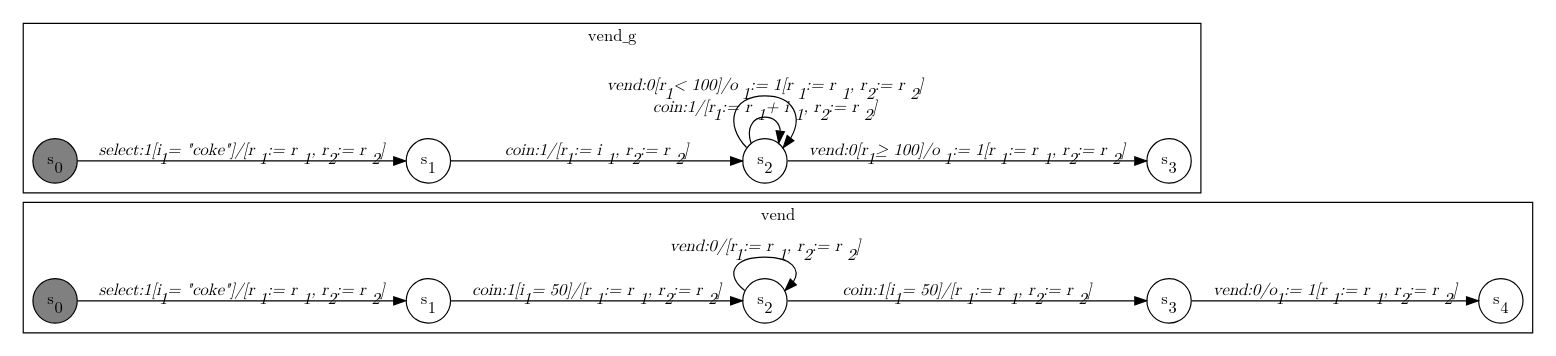
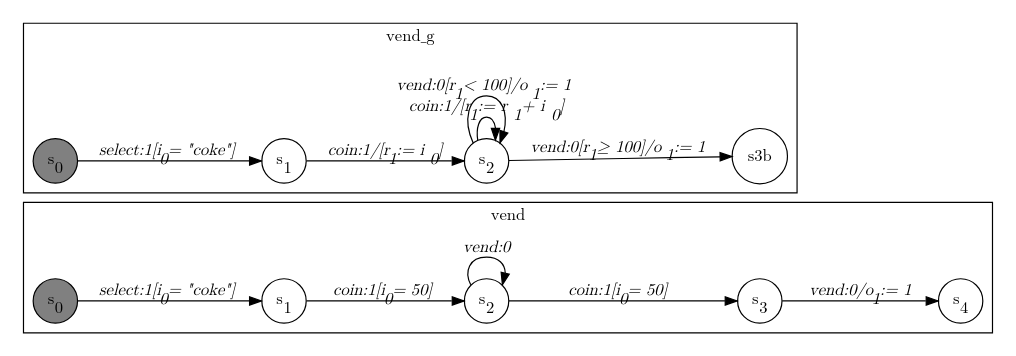
Before and after one commit to jmafoster1/efsm-sal: the diagram in dotfiles/Generalisation.dot, drawn with Graphviz. The commit also changed 37 other files, not shown here.

```diff
--- a/dotfiles/Generalisation.dot
+++ b/dotfiles/Generalisation.dot
@@ -1,36 +1,35 @@
 digraph Generalisation{
     graph [rankdir="LR", fontname="Latin Modern Math"];
     node [color="black", fillcolor="white", shape="circle", style="filled", fontname="Latin Modern Math"];
     edge [fontname="Latin Modern Math"];
 
   subgraph cluster_1 {
     label = "vend";
 
     s0a[fillcolor="gray", label=<s<sub>0</sub>>];
     s1a[label=<s<sub>1</sub>>];
     s2a[label=<s<sub>2</sub>>];
     s3a[label=<s<sub>3</sub>>];
     s4a[label=<s<sub>4</sub>>];
 
-    s0a->s1a[label=<<i>select:1&#91;i<sub>1</sub> = "coke"&#93;/&#91;r<sub>1</sub> := r<sub>1</sub>, r<sub>2</sub> := r<sub>2</sub>&#93;</i>>];
-    s1a->s2a[label=<<i>coin:1&#91;i<sub>1</sub> = 50&#93;/&#91;r<sub>1</sub> := r<sub>1</sub>, r<sub>2</sub> := r<sub>2</sub>&#93;</i>>];
-    s2a->s3a[label=<<i>coin:1&#91;i<sub>1</sub> = 50&#93;/&#91;r<sub>1</sub> := r<sub>1</sub>, r<sub>2</sub> := r<sub>2</sub>&#93;</i>>];
-    s3a->s4a[label=<<i>vend:0/o<sub>1</sub> := 1&#91;r<sub>1</sub> := r<sub>1</sub>, r<sub>2</sub> := r<sub>2</sub>&#93;</i>>];
-    s2a->s2a[label=<<i>vend:0/&#91;r<sub>1</sub> := r<sub>1</sub>, r<sub>2</sub> := r<sub>2</sub>&#93;</i>>];
+    s0a->s1a[label=<<i>select:1&#91;i<sub>0</sub> = "coke"&#93;</i>>];
+    s1a->s2a[label=<<i>coin:1&#91;i<sub>0</sub> = 50&#93;</i>>];
+    s2a->s3a[label=<<i>coin:1&#91;i<sub>0</sub> = 50&#93;</i>>];
+    s3a->s4a[label=<<i>vend:0/o<sub>1</sub> := 1</i>>];
+    s2a->s2a[label=<<i>vend:0</i>>];
   }
 
   subgraph cluster_2 {
     label = "vend_g";
 
     s0b[fillcolor="gray", label=<s<sub>0</sub>>];
     s1b[label=<s<sub>1</sub>>];
     s2b[label=<s<sub>2</sub>>];
-    s3b[label=<s<sub>3</sub>>];
 
-    s0b->s1b[label=<<i>select:1&#91;i<sub>1</sub> = "coke"&#93;/&#91;r<sub>1</sub> := r<sub>1</sub>, r<sub>2</sub> := r<sub>2</sub>&#93;</i>>];
-    s1b->s2b[label=<<i>coin:1/&#91;r<sub>1</sub> := i<sub>1</sub>, r<sub>2</sub> := r<sub>2</sub>&#93;</i>>];
-    s2b->s2b[label=<<i>coin:1/&#91;r<sub>1</sub> := r<sub>1</sub> + i<sub>1</sub>, r<sub>2</sub> := r<sub>2</sub>&#93;</i>>];
-    s2b->s3b[label=<<i>vend:0&#91;r<sub>1</sub> &ge; 100&#93;/o<sub>1</sub> := 1&#91;r<sub>1</sub> := r<sub>1</sub>, r<sub>2</sub> := r<sub>2</sub>&#93;</i>>];
-    s2b->s2b[label=<<i>vend:0&#91;r<sub>1</sub> &lt; 100&#93;/o<sub>1</sub> := 1&#91;r<sub>1</sub> := r<sub>1</sub>, r<sub>2</sub> := r<sub>2</sub>&#93;</i>>];
+    s0b->s1b[label=<<i>select:1&#91;i<sub>0</sub> = "coke"&#93;</i>>];
+    s1b->s2b[label=<<i>coin:1/&#91;r<sub>1</sub> := i<sub>0</sub>&#93;</i>>];
+    s2b->s2b[label=<<i>coin:1/&#91;r<sub>1</sub> := r<sub>1</sub> + i<sub>0</sub>&#93;</i>>];
+    s2b->s3b[label=<<i>vend:0&#91;r<sub>1</sub> &ge; 100&#93;/o<sub>1</sub> := 1</i>>];
+    s2b->s2b[label=<<i>vend:0&#91;r<sub>1</sub> &lt; 100&#93;/o<sub>1</sub> := 1</i>>];
   }
 }
```
